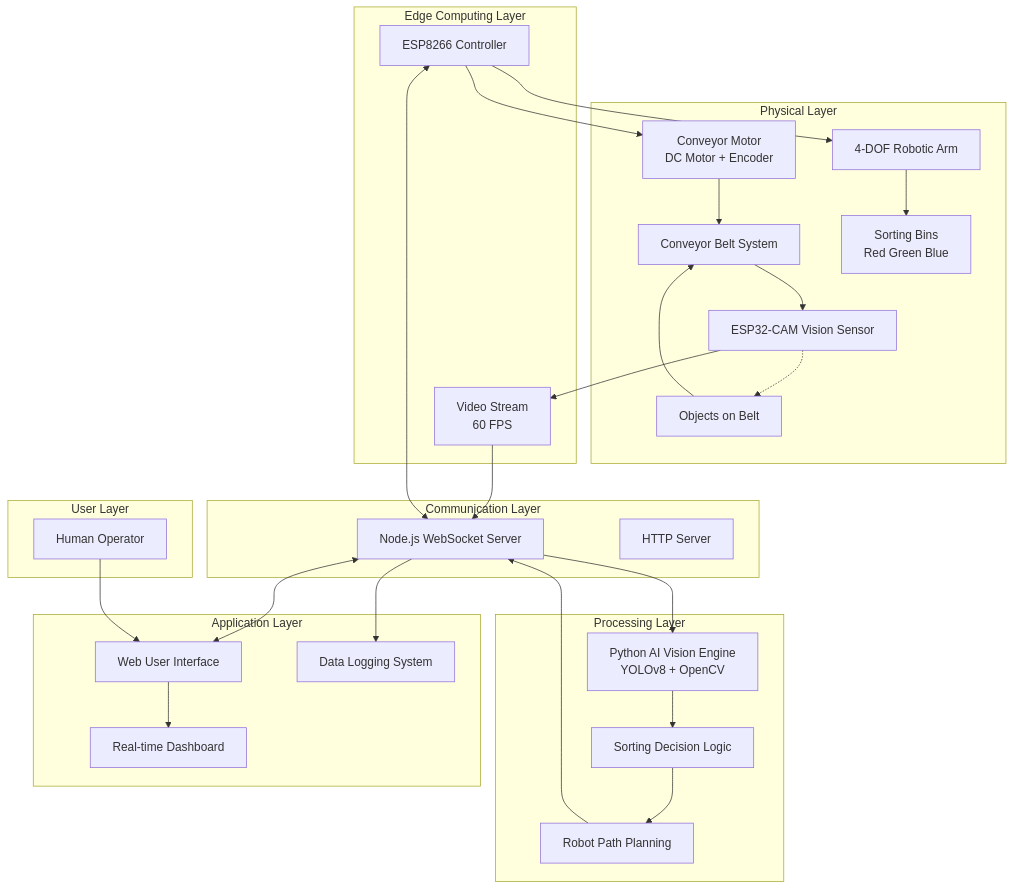
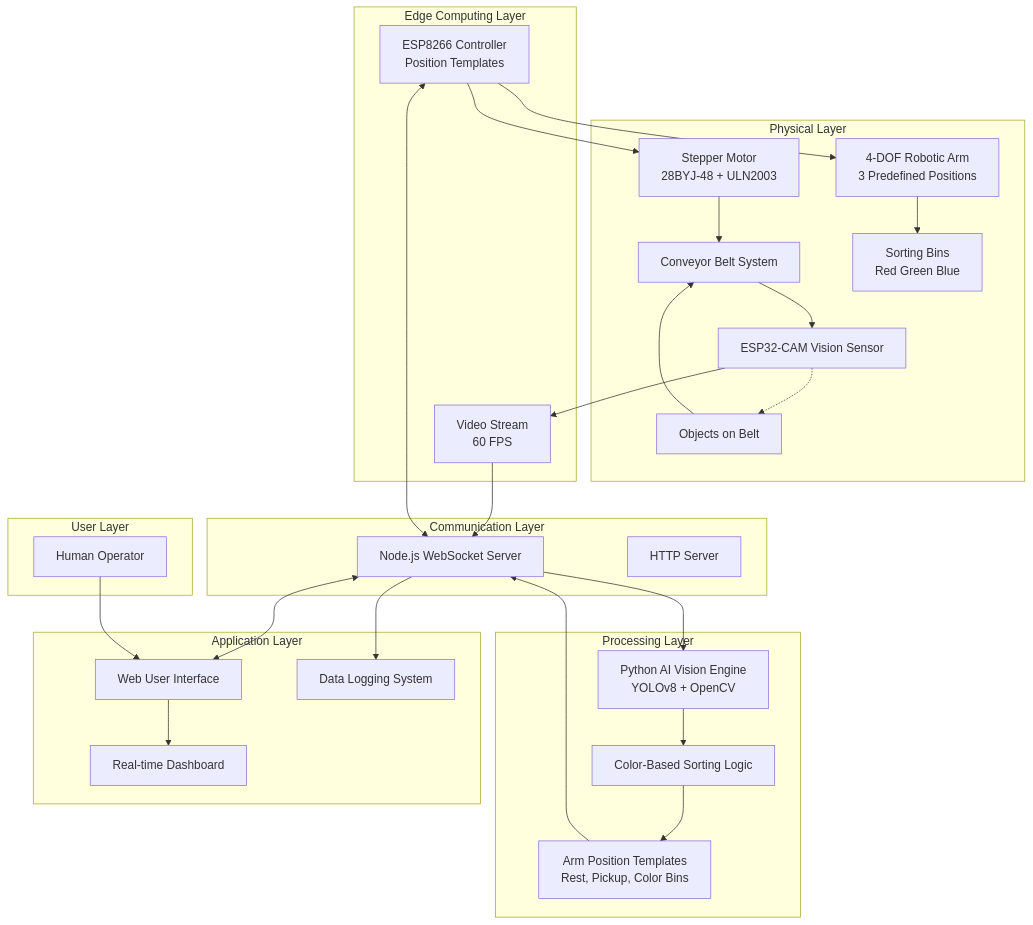
One commit to Red-misst/arm-robot-iot changed the diagram in system-architecture.md. Above: the diagram before and after it, drawn with Mermaid. The commit also changed 5 other files, not shown here.

Commit message:
updated the arm to have templates

````diff
--- a/system-architecture.md
+++ b/system-architecture.md
@@ -3,60 +3,60 @@
 ```mermaid
 graph TB
     subgraph Physical["Physical Layer"]
-        ConveyorMotor["Conveyor Motor<br/>DC Motor + Encoder"]
+        StepperMotor["Stepper Motor<br/>28BYJ-48 + ULN2003"]
         ConveyorBelt["Conveyor Belt System"]
         Objects["Objects on Belt"]
         ESP32CAM["ESP32-CAM Vision Sensor"]
-        RoboticArm["4-DOF Robotic Arm"]
+        RoboticArm["4-DOF Robotic Arm<br/>3 Predefined Positions"]
         SortingBins["Sorting Bins<br/>Red Green Blue"]
         
         Objects --> ConveyorBelt
-        ConveyorMotor --> ConveyorBelt
+        StepperMotor --> ConveyorBelt
         ConveyorBelt --> ESP32CAM
         ESP32CAM -.-> Objects
         RoboticArm --> SortingBins
     end
     
     subgraph Edge["Edge Computing Layer"]
-        ESP8266["ESP8266 Controller"]
+        ESP8266["ESP8266 Controller<br/>Position Templates"]
         CameraStream["Video Stream<br/>60 FPS"]
         
         ESP32CAM --> CameraStream
-        ESP8266 --> ConveyorMotor
+        ESP8266 --> StepperMotor
         ESP8266 --> RoboticArm
     end
     
     subgraph Communication["Communication Layer"]
         WebSocketServer["Node.js WebSocket Server"]
         HTTPServer["HTTP Server"]
         
         CameraStream --> WebSocketServer
         ESP8266 <--> WebSocketServer
     end
     
     subgraph Processing["Processing Layer"]
         AIVision["Python AI Vision Engine<br/>YOLOv8 + OpenCV"]
-        DecisionEngine["Sorting Decision Logic"]
-        TrajectoryPlanner["Robot Path Planning"]
+        DecisionEngine["Color-Based Sorting Logic"]
+        PositionTemplates["Arm Position Templates<br/>Rest, Pickup, Color Bins"]
         
         WebSocketServer --> AIVision
         AIVision --> DecisionEngine
-        DecisionEngine --> TrajectoryPlanner
-        TrajectoryPlanner --> WebSocketServer
+        DecisionEngine --> PositionTemplates
+        PositionTemplates --> WebSocketServer
     end
     
     subgraph Application["Application Layer"]
         WebUI["Web User Interface"]
         DataLogger["Data Logging System"]
         Dashboard["Real-time Dashboard"]
         
         WebSocketServer <--> WebUI
         WebSocketServer --> DataLogger
         WebUI --> Dashboard
     end
     
     subgraph User["User Layer"]
         Operator["Human Operator"]
         Operator --> WebUI
     end
 ```
````
